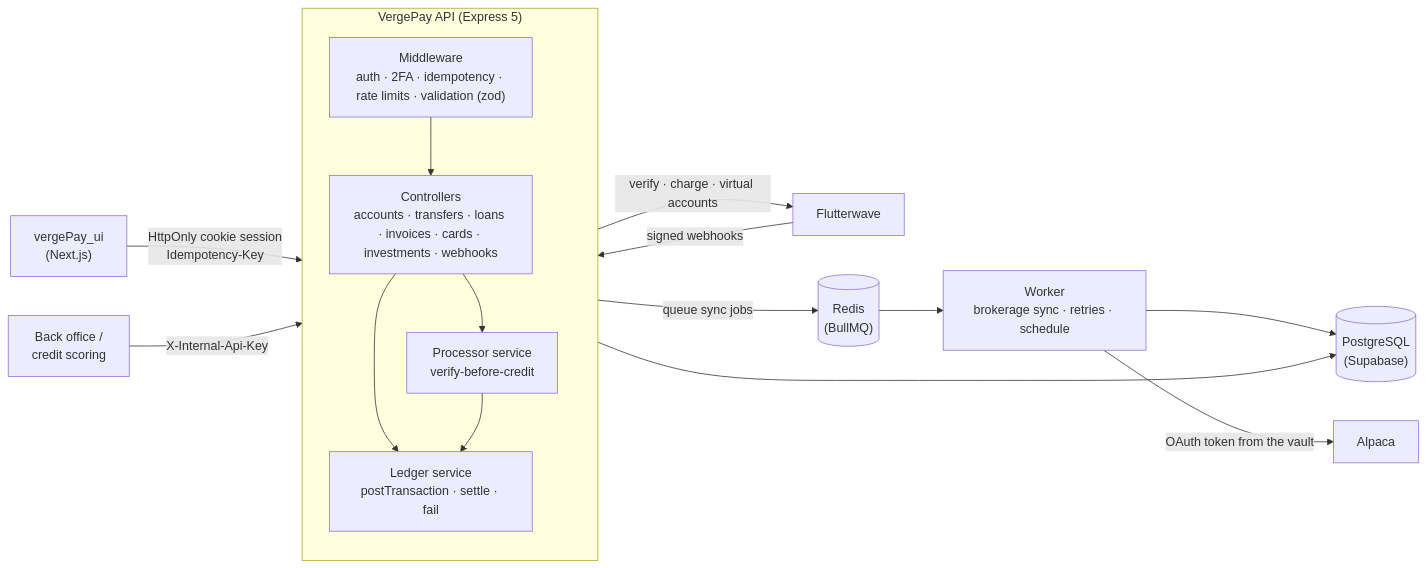
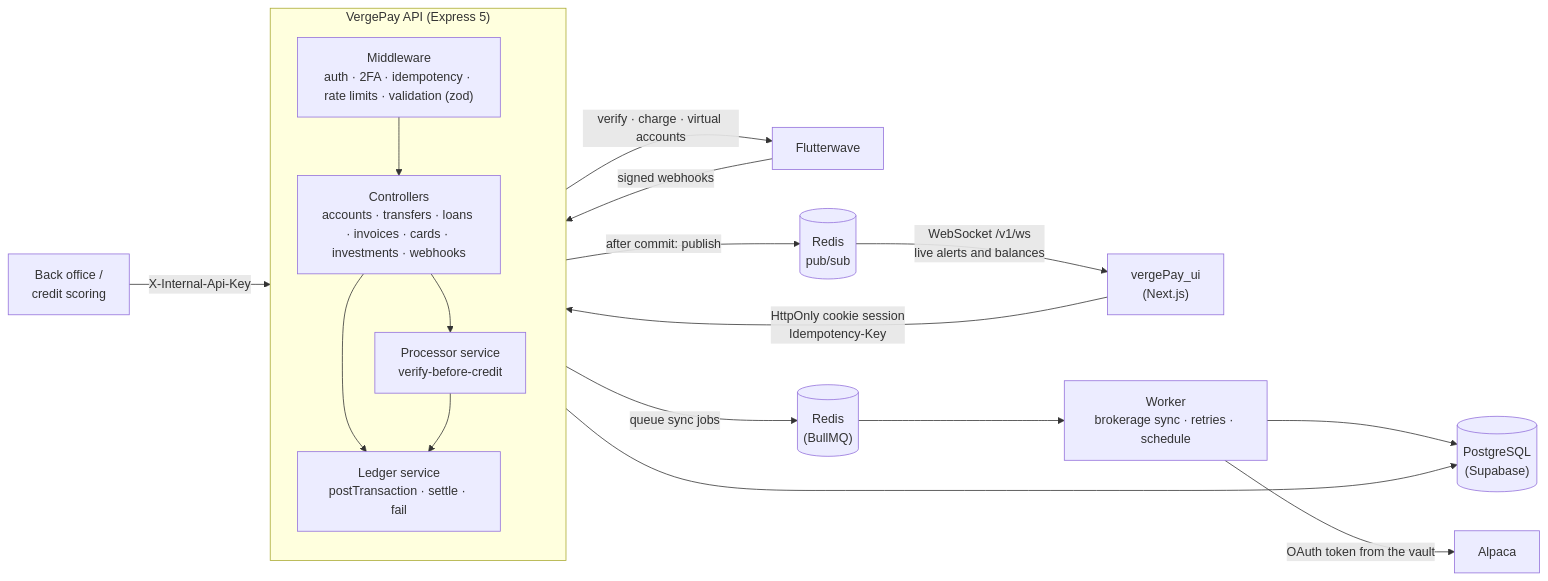
Before and after one commit to dunascode-prog/vergePay_api: the first of 2 diagrams in README.md, drawn with Mermaid. The commit also changed other lines of this file and 19 other files, not shown here.

First line of the commit message:
Notifications and live updates over WebSockets

````diff
--- a/README.md
+++ b/README.md
@@ -86,23 +95,25 @@
 ```mermaid
 flowchart LR
     UI["vergePay_ui<br/>(Next.js)"] -->|"HttpOnly cookie session<br/>Idempotency-Key"| API
     BO["Back office /<br/>credit scoring"] -->|X-Internal-Api-Key| API
     FLW["Flutterwave"] -->|"signed webhooks"| API
 
     subgraph API["VergePay API (Express 5)"]
         direction TB
         MW["Middleware<br/>auth · 2FA · idempotency · rate limits · validation (zod)"]
         C["Controllers<br/>accounts · transfers · loans · invoices · cards · investments · webhooks"]
         L["Ledger service<br/>postTransaction · settle · fail"]
         P["Processor service<br/>verify-before-credit"]
         MW --> C --> L
         C --> P --> L
     end
 
     API -->|"verify · charge · virtual accounts"| FLW
     API -->|"queue sync jobs"| Q[("Redis<br/>(BullMQ)")]
     Q --> W["Worker<br/>brokerage sync · retries · schedule"]
     W -->|"OAuth token from the vault"| ALP["Alpaca"]
     L --> DB[("PostgreSQL<br/>(Supabase)")]
     W --> DB
+    L -->|"after commit: publish"| PS[("Redis<br/>pub/sub")]
+    PS -->|"WebSocket /v1/ws<br/>live alerts and balances"| UI
 ```
````
